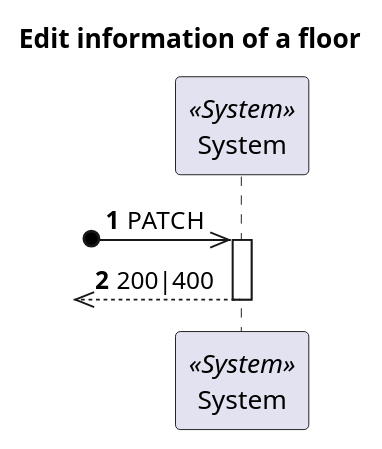
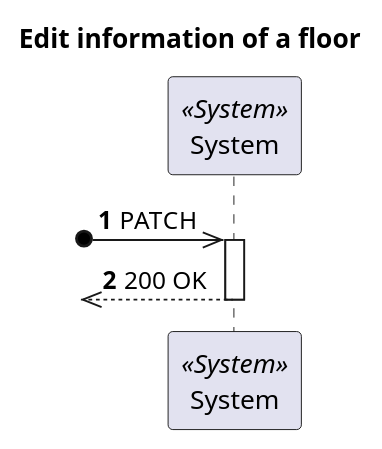
The diagram in docs/VistaProcesso/US200/ProcessView_Level1_US200.puml (1210910/lapr5), drawn with PlantUML before and after one commit. The commit also changed 5 other files, not shown here.

```diff
--- a/docs/VistaProcesso/US200/ProcessView_Level1_US200.puml
+++ b/docs/VistaProcesso/US200/ProcessView_Level1_US200.puml
@@ -1,18 +1,18 @@
 @startuml
 'https://plantuml.com/sequence-diagram
 
 autonumber
 skinparam packageStyle rect
 
 title Edit information of a floor
 
 participant "System" as Sys <<System>>
 
 ?o->> Sys : PATCH
 
 activate Sys
-?o<<-- Sys : 200|400
+?o<<-- Sys : 200 OK
 deactivate Sys
 
 
 @enduml
```
